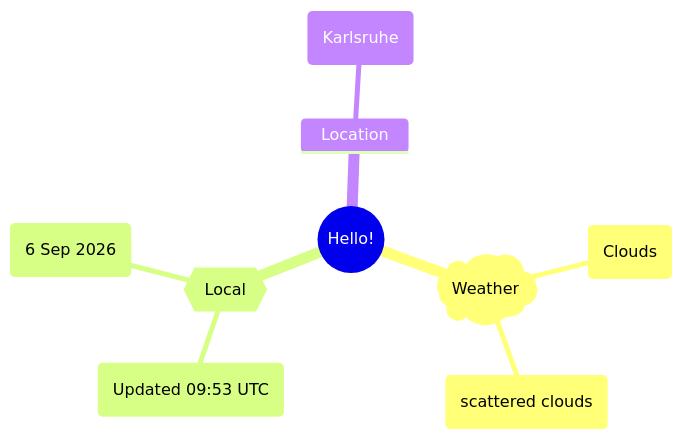
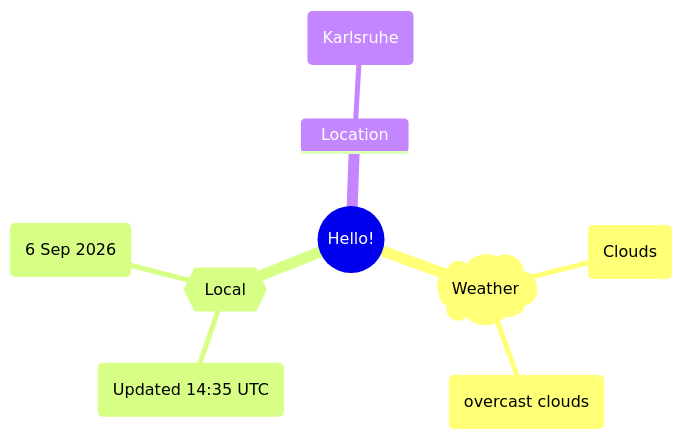
One commit to Xosrov/Xosrov changed the first of 2 diagrams in README.md. Above: the diagram before and after it, drawn with Mermaid.

Commit message:
[bot] updated images

````diff
--- a/README.md
+++ b/README.md
@@ -3,12 +3,12 @@
 ```mermaid
 mindmap
   root((Hello!))
     )Weather(
         (Clouds)
-        (scattered clouds)
+        (overcast clouds)
     {{Local}}
-        (Updated 09:53 UTC)
+        (Updated 14:35 UTC)
         (6 Sep 2026)
     Location
         (Karlsruhe)
 ```
````
